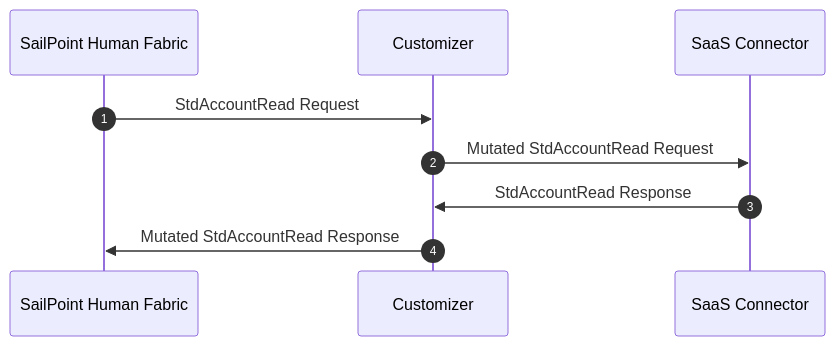
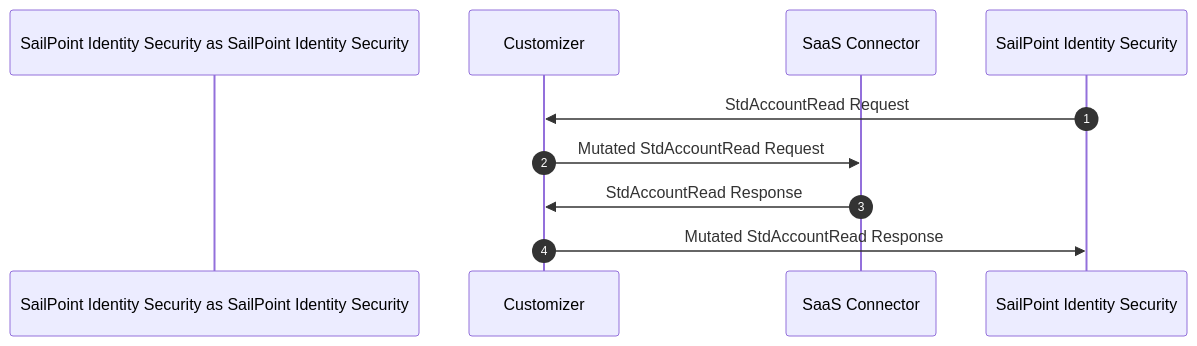
Before and after one commit to sailpoint-oss/developer.sailpoint.com: the diagram in docs/connectivity/saas-connectivity/connector-customizers/index.md, drawn with Mermaid. The commit also changed other lines of this file and 191 other files, not shown here.

````diff
--- a/docs/connectivity/saas-connectivity/connector-customizers/index.md
+++ b/docs/connectivity/saas-connectivity/connector-customizers/index.md
@@ -30,13 +30,13 @@
 ```mermaid
 sequenceDiagram
     autonumber
-    participant SHF as SailPoint Human Fabric
+    participant SailPoint Identity Security as SailPoint Identity Security
     participant CUS as Customizer
     participant CON as SaaS Connector
 
-    SHF->>CUS: StdAccountRead Request
+    SailPoint Identity Security->>CUS: StdAccountRead Request
     CUS->>CON: Mutated StdAccountRead Request
     CON->>CUS: StdAccountRead Response
-    CUS->>SHF: Mutated StdAccountRead Response
+    CUS->>SailPoint Identity Security: Mutated StdAccountRead Response
 
 ```
````
